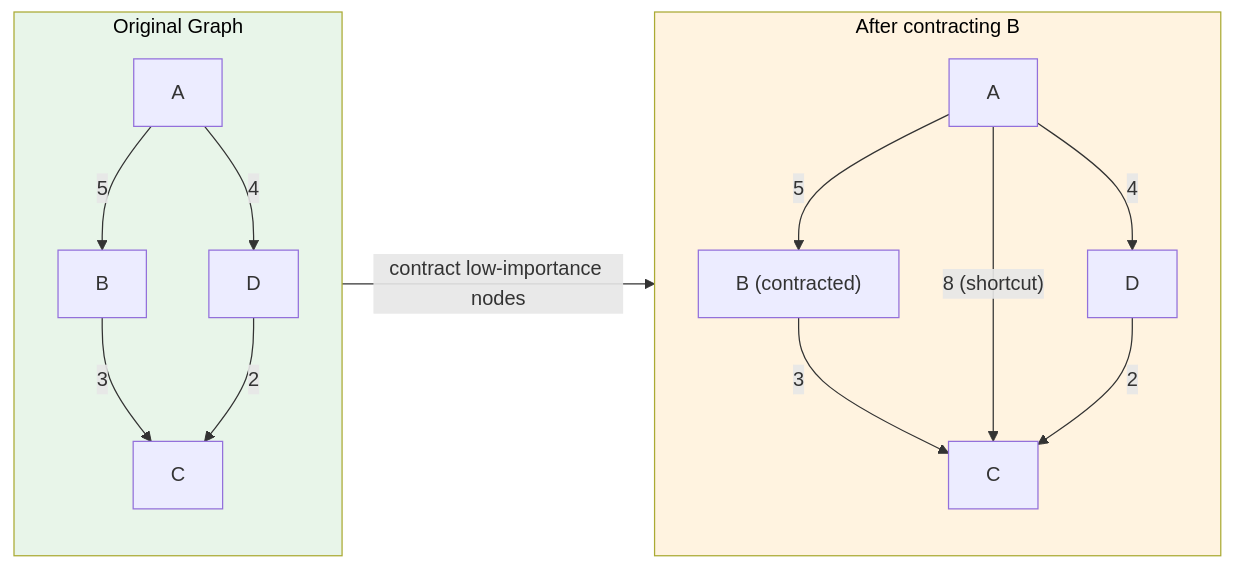
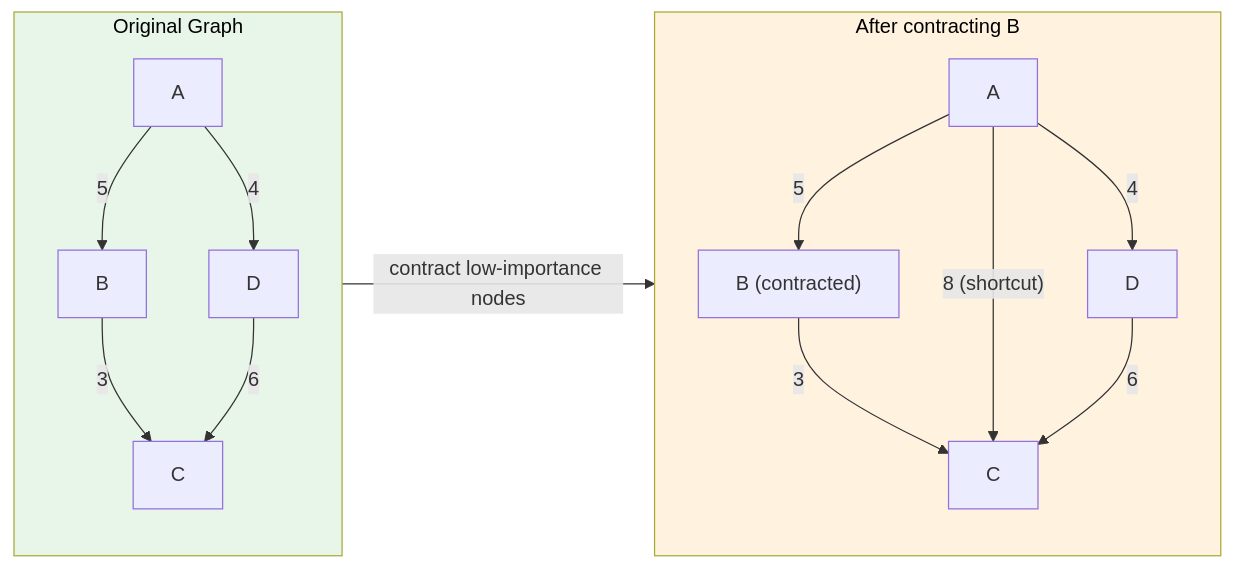
The third of 4 diagrams in Bonus-Real-World-Architectures/15-Google-Maps/README.md (Ankan1998/learn-system-design), drawn with Mermaid before and after one commit. The commit also changed other lines of this file and 139 other files, not shown here.

````diff
--- a/Bonus-Real-World-Architectures/15-Google-Maps/README.md
+++ b/Bonus-Real-World-Architectures/15-Google-Maps/README.md
@@ -343,21 +347,21 @@
 ```mermaid
 flowchart LR
     subgraph Original["Original Graph"]
         style Original fill:#e8f5e9,color:#000
         A1["A"] -->|"5"| B1["B"]
         B1 -->|"3"| C1["C"]
         A1 -->|"4"| D1["D"]
-        D1 -->|"2"| C1
+        D1 -->|"6"| C1
     end
 
     subgraph Contracted["After contracting B"]
         style Contracted fill:#fff3e0,color:#000
         A2["A"] -->|"5"| B2["B (contracted)"]
         B2 -->|"3"| C2["C"]
         A2 -->|"8 (shortcut)"| C2
         A2 -->|"4"| D2["D"]
-        D2 -->|"2"| C2
+        D2 -->|"6"| C2
     end
 
     Original -->|"contract low-importance nodes"| Contracted
 ```
````
